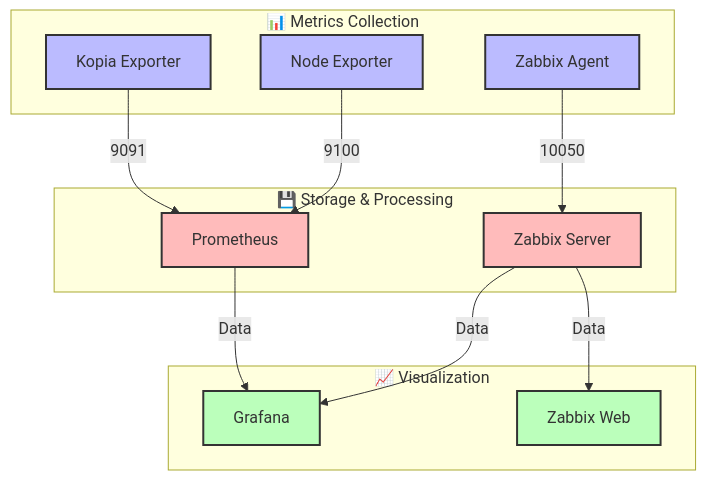
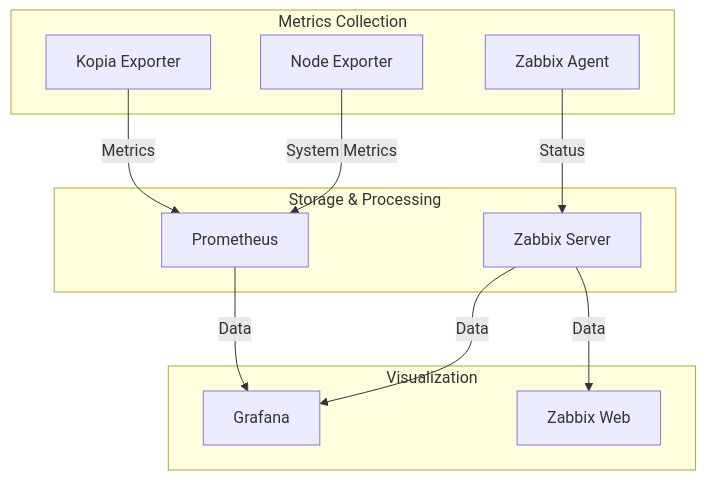
The diagram in monitoring/README.md (eblet/kopia-backup-run), drawn with Mermaid before and after one commit. The commit also changed other lines of this file and 18 other files, not shown here.

````diff
--- a/monitoring/README.md
+++ b/monitoring/README.md
@@ -8,33 +25,24 @@
 ```mermaid
 graph TB
-    subgraph "📊 Metrics Collection"
+    subgraph "Metrics Collection"
         KE[Kopia Exporter]
         NE[Node Exporter]
         ZA[Zabbix Agent]
     end
     
-    subgraph "💾 Storage & Processing"
-        P[Prometheus]
-        Z[Zabbix Server]
+    subgraph "Storage & Processing"
+        PR[Prometheus]
+        ZS[Zabbix Server]
     end
     
-    subgraph "📈 Visualization"
-        G[Grafana]
+    subgraph "Visualization"
+        GF[Grafana]
         ZW[Zabbix Web]
     end
     
-    KE -->|9091| P
-    NE -->|9100| P
-    ZA -->|10050| Z
-    P -->|Data| G
-    Z -->|Data| G
-    Z -->|Data| ZW
-    
-    classDef collectors fill:#bbf,stroke:#333,stroke-width:2px;
-    classDef storage fill:#fbb,stroke:#333,stroke-width:2px;
-    classDef viz fill:#bfb,stroke:#333,stroke-width:2px;
-    
-    class KE,NE,ZA collectors;
-    class P,Z storage;
-    class G,ZW viz;
+    KE -->|Metrics| PR
+    NE -->|System Metrics| PR
+    ZA -->|Status| ZS
+    PR -->|Data| GF
+    ZS -->|Data| ZW & GF
 ```
````
